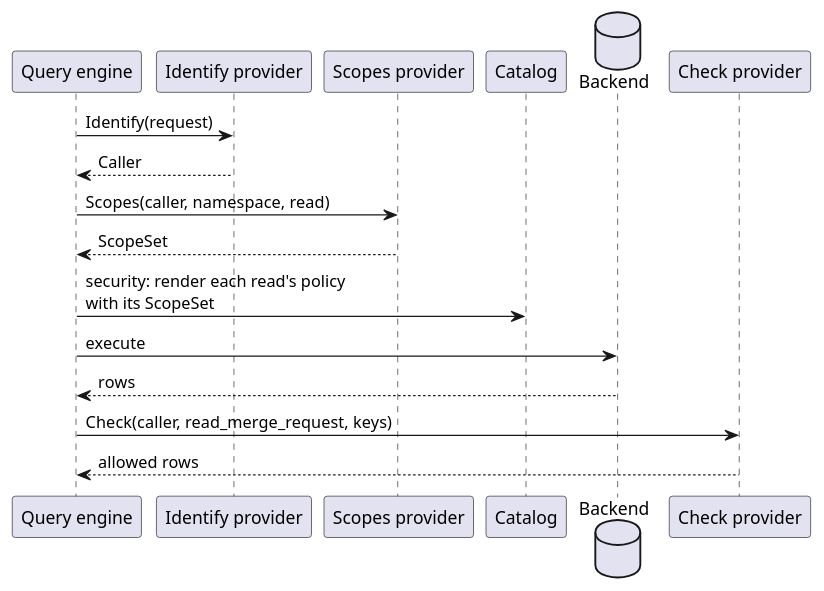
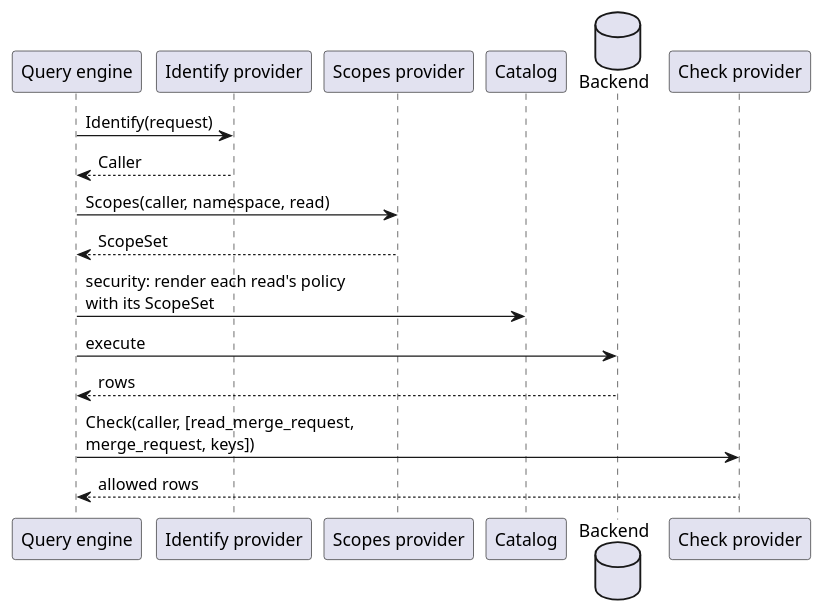
The eighth of 10 diagrams in docs/pages/engineering/adr/024_pluggable_data_model.md (gitlabhq/orbit-knowledge-graph), drawn with PlantUML before and after one commit. The commit also changed other lines of this file and 1 other file, not shown here.

````diff
--- a/docs/pages/engineering/adr/024_pluggable_data_model.md
+++ b/docs/pages/engineering/adr/024_pluggable_data_model.md
@@ -473,22 +509,22 @@
 ```plantuml
 @startuml
 set separator none
 skinparam shadowing false
 participant "Query engine" as Q
 participant "Identify provider" as ID
 participant "Scopes provider" as SC
 participant "Catalog" as C
 database "Backend" as B
 participant "Check provider" as CK
 
 Q -> ID : Identify(request)
 ID --> Q : Caller
 Q -> SC : Scopes(caller, namespace, read)
 SC --> Q : ScopeSet
 Q -> C : security: render each read's policy\nwith its ScopeSet
 Q -> B : execute
 B --> Q : rows
-Q -> CK : Check(caller, read_merge_request, keys)
+Q -> CK : Check(caller, [read_merge_request,\nmerge_request, keys])
 CK --> Q : allowed rows
 @enduml
 ```
````
